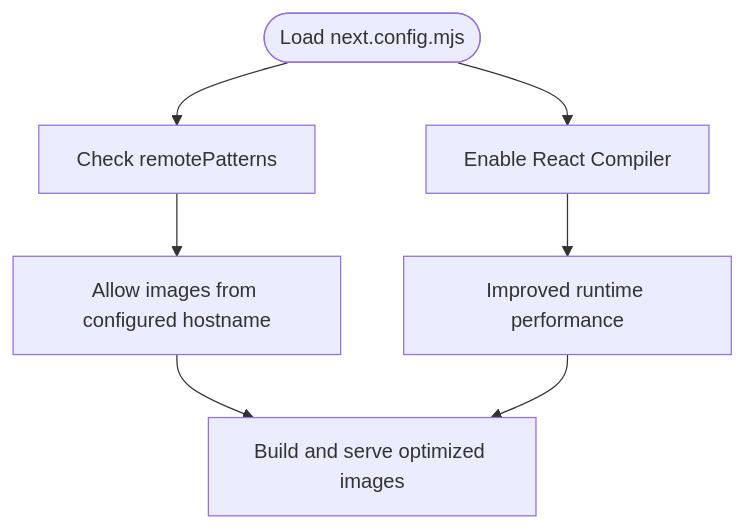
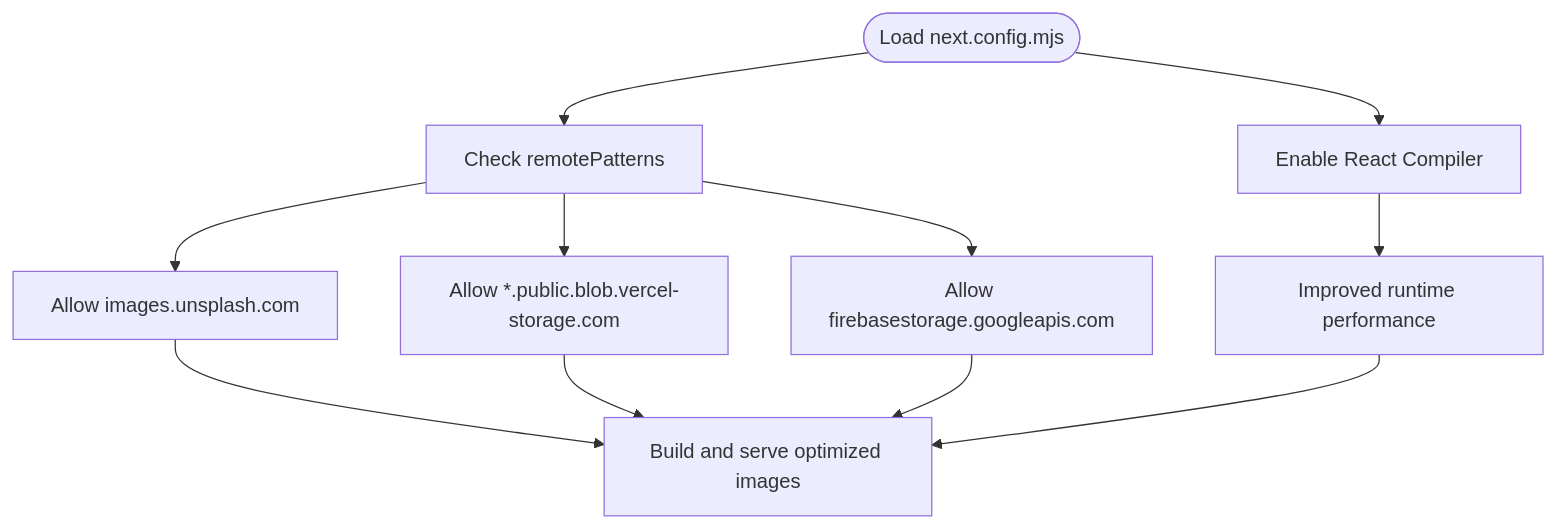
The third of 11 diagrams in docs/en/content/Image Optimization & Asset Management.md (algorithmsEvolve/momentoclient-fe), drawn with Mermaid before and after one commit. The commit also changed other lines of this file and 14 other files, not shown here.

````diff
--- a/docs/en/content/Image Optimization & Asset Management.md
+++ b/docs/en/content/Image Optimization & Asset Management.md
@@ -153,9 +158,13 @@
 ```mermaid
 flowchart TD
 Start(["Load next.config.mjs"]) --> CheckRemote["Check remotePatterns"]
-CheckRemote --> AllowUnsplash["Allow images from configured hostname"]
+CheckRemote --> AllowUnsplash["Allow images.unsplash.com"]
+CheckRemote --> AllowVercel["Allow *.public.blob.vercel-storage.com"]
+CheckRemote --> AllowFirebase["Allow firebasestorage.googleapis.com"]
 Start --> EnableCompiler["Enable React Compiler"]
 EnableCompiler --> RuntimeOpt["Improved runtime performance"]
 AllowUnsplash --> Build["Build and serve optimized images"]
+AllowVercel --> Build
+AllowFirebase --> Build
 RuntimeOpt --> Build
 ```
````
